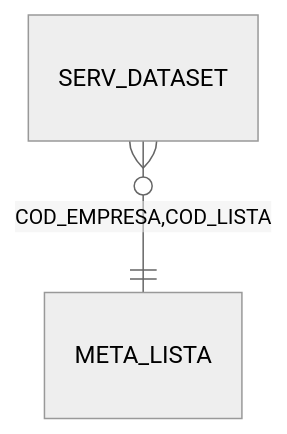
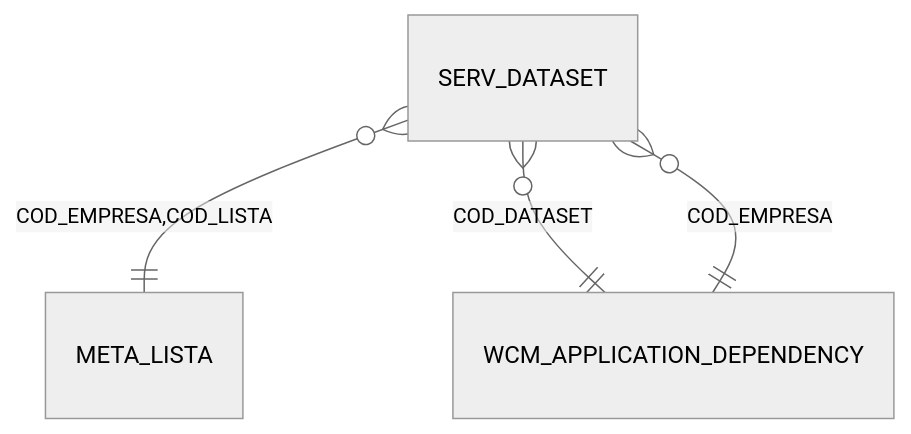
Before and after one commit to isacfg/fluig-sql-docs: diagram 31 of 55 in relationships.md, drawn with Mermaid (neutral theme). The commit also changed other lines of this file and 948 other files, not shown here.

````diff
--- a/relationships.md
+++ b/relationships.md
@@ -1122,4 +1171,6 @@
 ```mermaid
 erDiagram
   SERV_DATASET }o--|| META_LISTA : "COD_EMPRESA,COD_LISTA"
+  SERV_DATASET }o--|| WCM_APPLICATION_DEPENDENCY : "COD_DATASET"
+  SERV_DATASET }o--|| WCM_APPLICATION_DEPENDENCY : "COD_EMPRESA"
 ```
````
